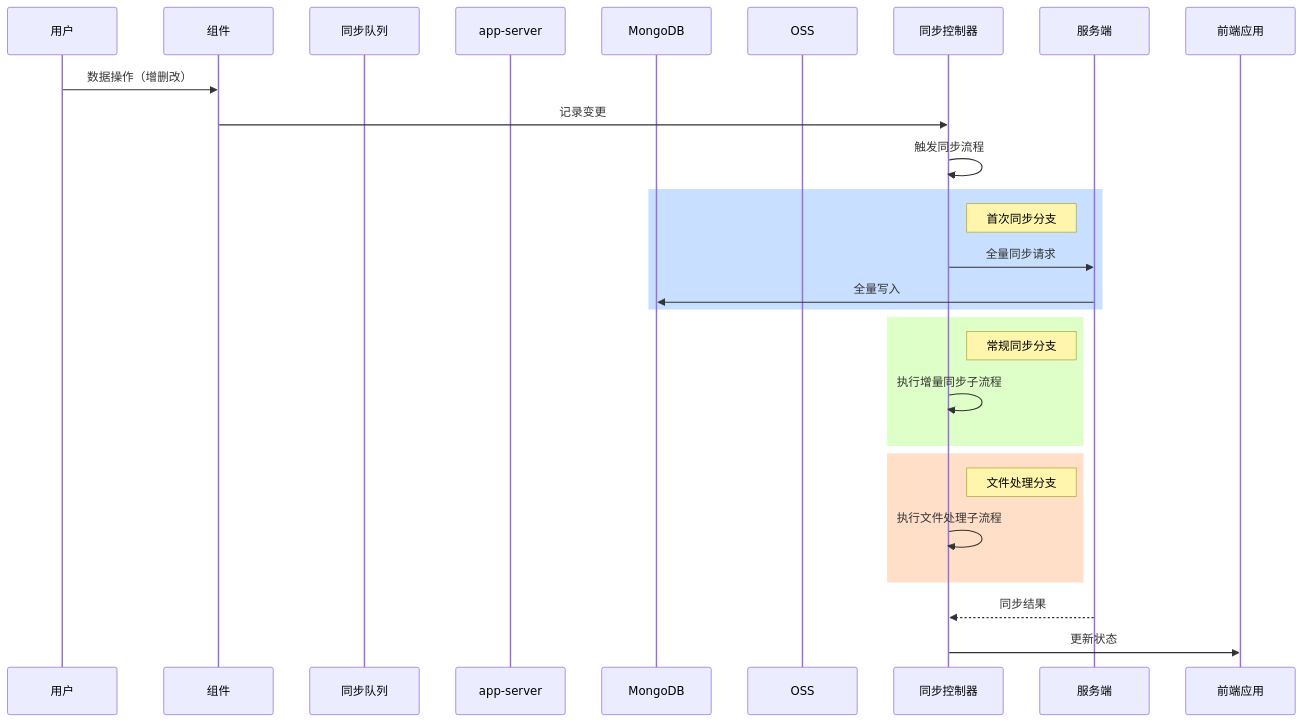
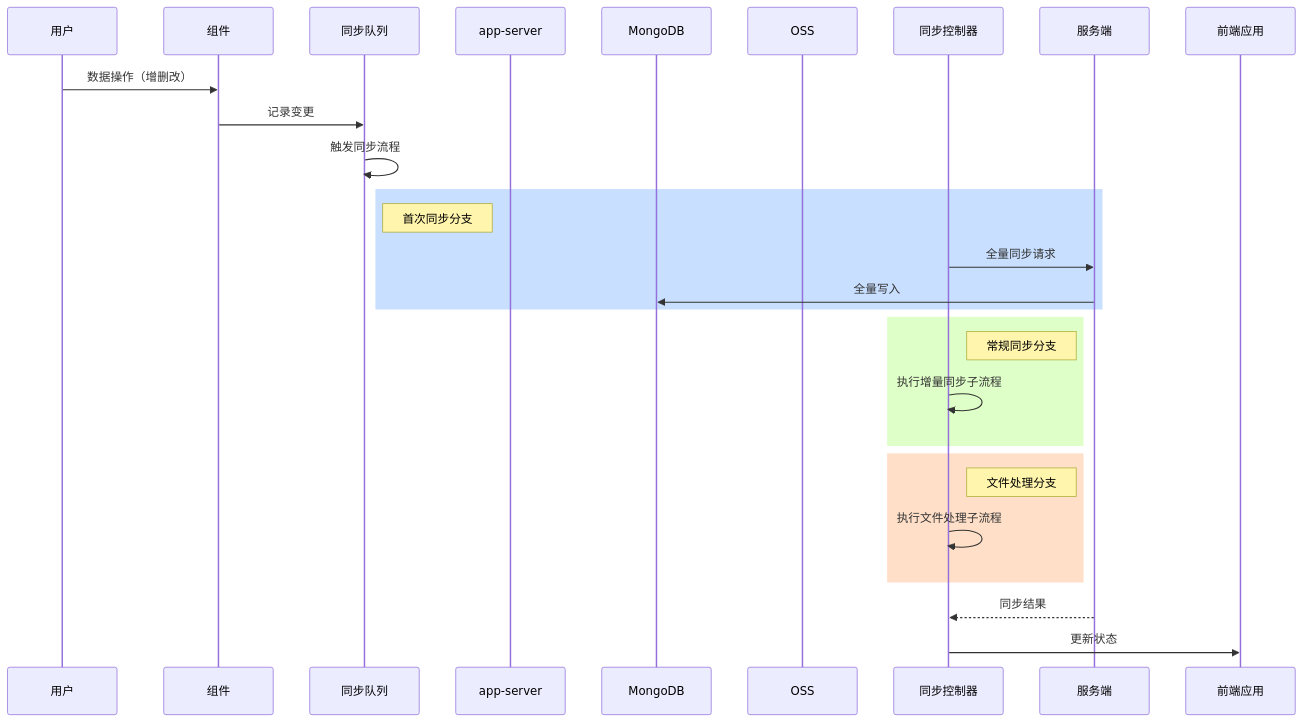
The diagram in all/未命名-24.md (yingjianzh/iodraw-files), drawn with Mermaid before and after one commit.

Commit message:
2025-02-21 18:21:17 update

````diff
--- a/all/未命名-24.md
+++ b/all/未命名-24.md
@@ -1,32 +1,32 @@
 ```mermaid
 sequenceDiagram
     participant 用户
     participant 组件
     participant 同步队列
     participant app-server
     participant MongoDB
     participant OSS
 
     用户->>组件: 数据操作（增删改）
-    组件->>同步控制器: 记录变更
-    同步控制器->>同步控制器: 触发同步流程
+    组件->>同步队列: 记录变更
+    同步队列->>同步队列: 触发同步流程
     
     rect rgb(200,223,255)
-    Note right of 同步控制器: 首次同步分支
+    Note right of 同步队列: 首次同步分支
     同步控制器->>服务端: 全量同步请求
     服务端->>MongoDB: 全量写入
     end
 
     rect rgb(223,255,200)
     Note right of 同步控制器: 常规同步分支
     同步控制器->>同步控制器: 执行增量同步子流程
     end
 
     rect rgb(255,223,200)
     Note right of 同步控制器: 文件处理分支
     同步控制器->>同步控制器: 执行文件处理子流程
     end
 
     服务端-->>同步控制器: 同步结果
     同步控制器->>前端应用: 更新状态
 ```
````
